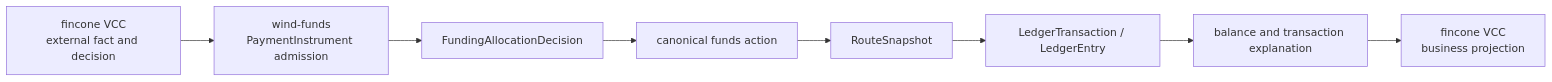
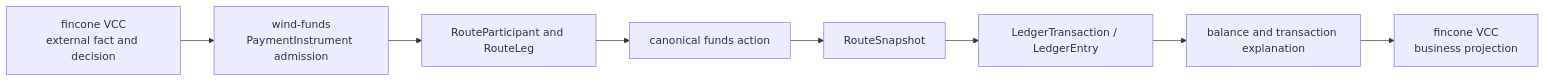
Before and after one commit to fengwuxp/wind-funds: the diagram in docs/产品设计/06-VCC场景资金能力边界.md, drawn with Mermaid. The commit also changed other lines of this file and 78 other files, not shown here.

````diff
--- a/docs/产品设计/06-VCC场景资金能力边界.md
+++ b/docs/产品设计/06-VCC场景资金能力边界.md
@@ -113,10 +113,10 @@
 ```mermaid
 flowchart LR
     A["fincone VCC<br/>external fact and decision"] --> B["wind-funds<br/>PaymentInstrument admission"]
-    B --> C["FundingAllocationDecision"]
+    B --> C["RouteParticipant and RouteLeg"]
     C --> D["canonical funds action"]
     D --> E["RouteSnapshot"]
     E --> F["LedgerTransaction / LedgerEntry"]
     F --> G["balance and transaction explanation"]
     G --> H["fincone VCC<br/>business projection"]
 ```
````
